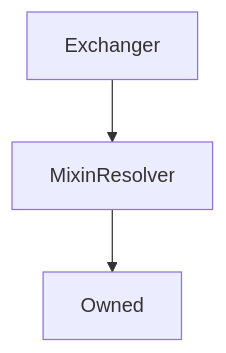
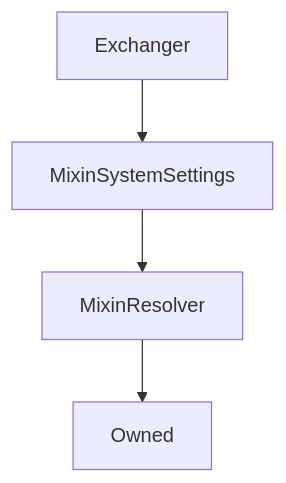
The diagram in content/contracts/source/contracts/Exchanger.md (Synthetixio/synthetix-docs), drawn with Mermaid before and after one commit. The commit also changed other lines of this file and 81 other files, not shown here.

````diff
--- a/content/contracts/source/contracts/Exchanger.md
+++ b/content/contracts/source/contracts/Exchanger.md
@@ -18,6 +18,7 @@
 ```mermaid
 graph TD
-    Exchanger[Exchanger] --> MixinResolver[MixinResolver]
+    Exchanger[Exchanger] --> MixinSystemSettings[MixinSystemSettings]
+    MixinSystemSettings[MixinSystemSettings] --> MixinResolver[MixinResolver]
     MixinResolver[MixinResolver] --> Owned[Owned]
 
 ```
````
